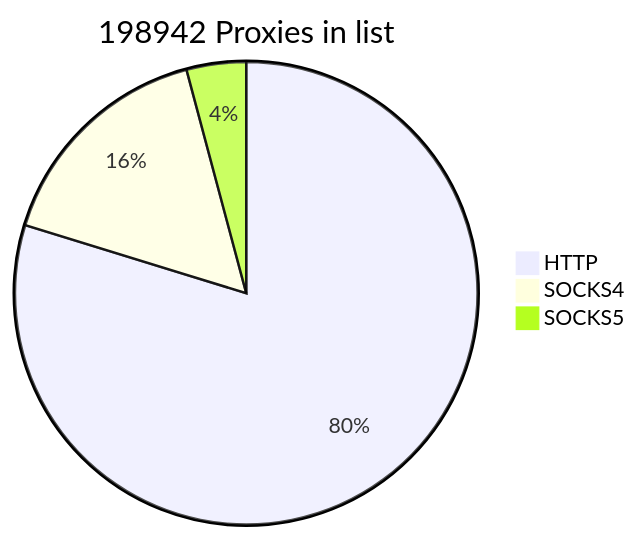
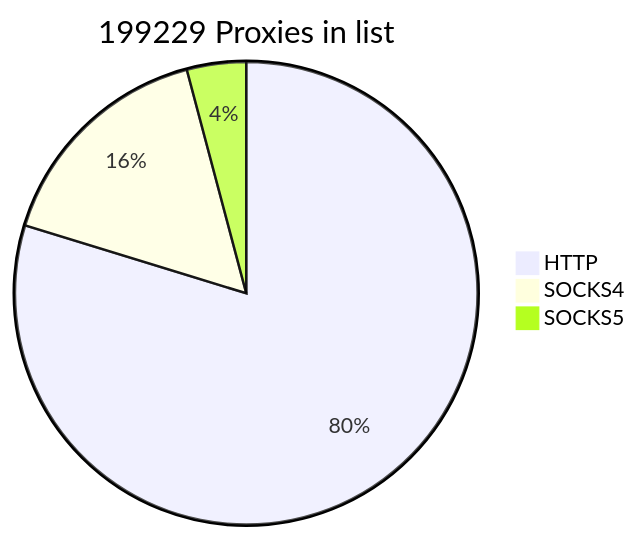
One commit to cutipu/proxylist changed the first of 2 diagrams in README.md. Above: the diagram before and after it, drawn with Mermaid. The commit also changed other lines of this file, not shown here.

````diff
--- a/README.md
+++ b/README.md
@@ -2,7 +2,7 @@
 ```mermaid
-pie title 198942 Proxies in list
-    "HTTP" : 158677
-    "SOCKS4" : 31994
-    "SOCKS5" : 8271
+pie title 199229 Proxies in list
+    "HTTP" : 158865
+    "SOCKS4" : 32124
+    "SOCKS5" : 8240
             
 ```
````
